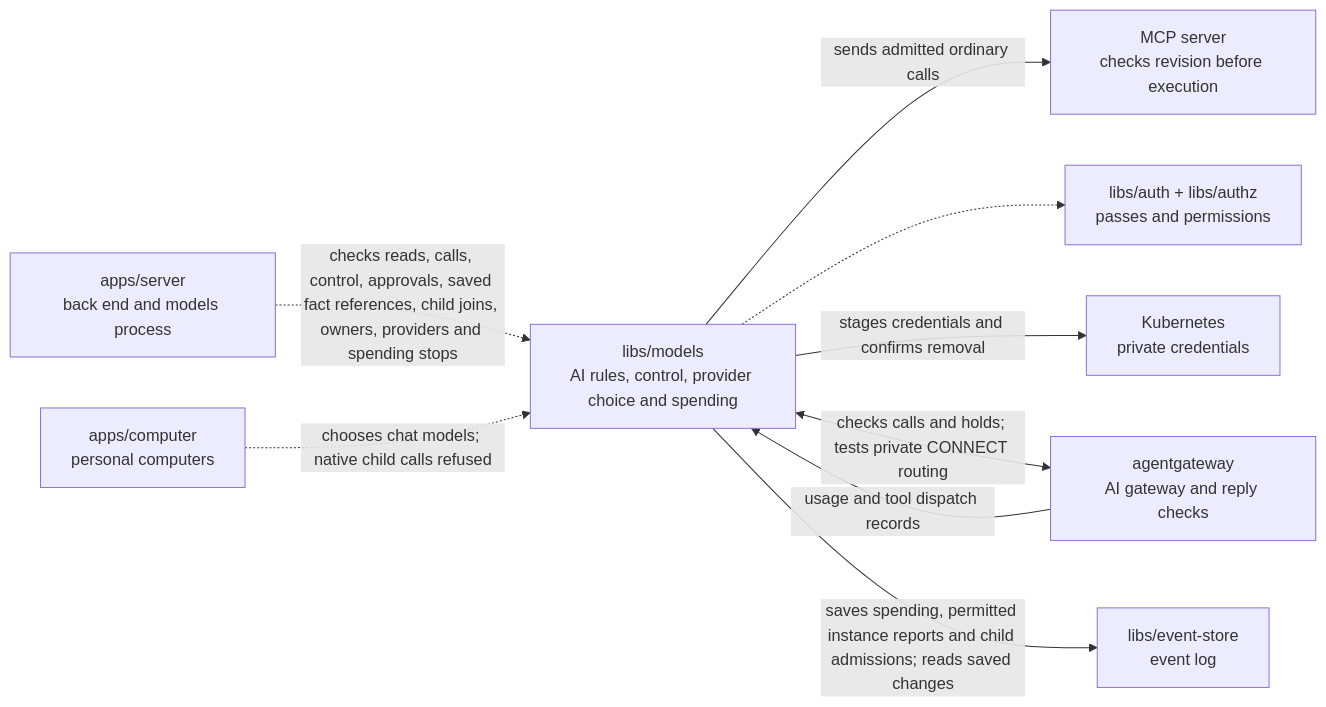
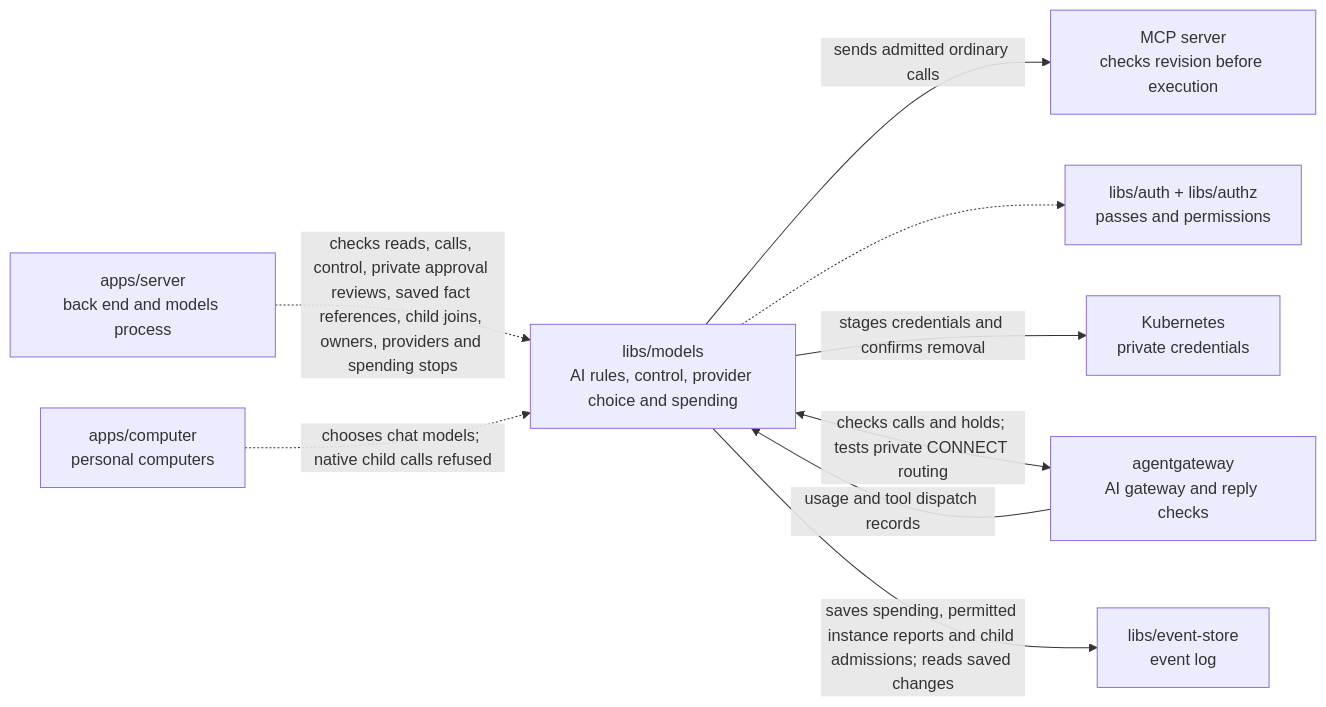
Before and after one commit to elewa-git/opencrane-new: the diagram in libs/models/README.md, drawn with Mermaid. The commit also changed other lines of this file and 6 other files, not shown here.

Commit message:
🔒 Keep child approval reviews private to their requester

````diff
--- a/libs/models/README.md
+++ b/libs/models/README.md
@@ -14,11 +14,11 @@
 ```mermaid
 flowchart LR
-  server["apps/server<br/>back end and models process"] -.->|checks reads, calls, control, approvals, saved fact references, child joins, owners, providers and spending stops| models["libs/models<br/>AI rules, control, provider choice and spending"]
+  server["apps/server<br/>back end and models process"] -.->|checks reads, calls, control, private approval reviews, saved fact references, child joins, owners, providers and spending stops| models["libs/models<br/>AI rules, control, provider choice and spending"]
   models -->|sends admitted ordinary calls| mcp["MCP server<br/>checks revision before execution"]
   computer["apps/computer<br/>personal computers"] -.->|chooses chat models; native child calls refused| models
   models -.-> auth["libs/auth + libs/authz<br/>passes and permissions"]
   models -->|stages credentials and confirms removal| custody["Kubernetes<br/>private credentials"]
   models <-->|checks calls and holds; tests private CONNECT routing| gateway["agentgateway<br/>AI gateway and reply checks"]
   gateway -->|usage and tool dispatch records| models
   models -->|saves spending, permitted instance reports and child admissions; reads saved changes| store["libs/event-store<br/>event log"]
 ```
````
